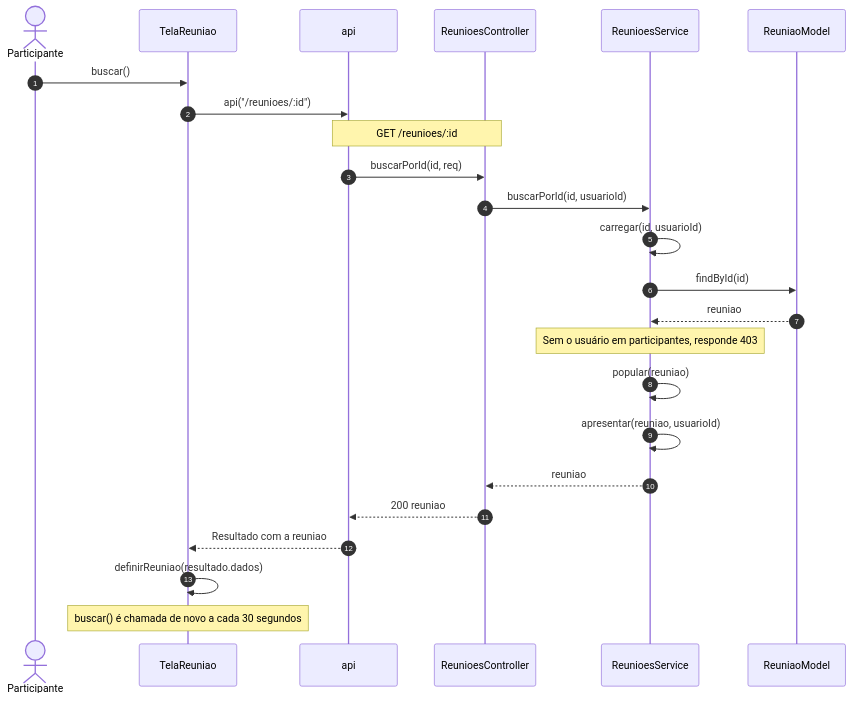
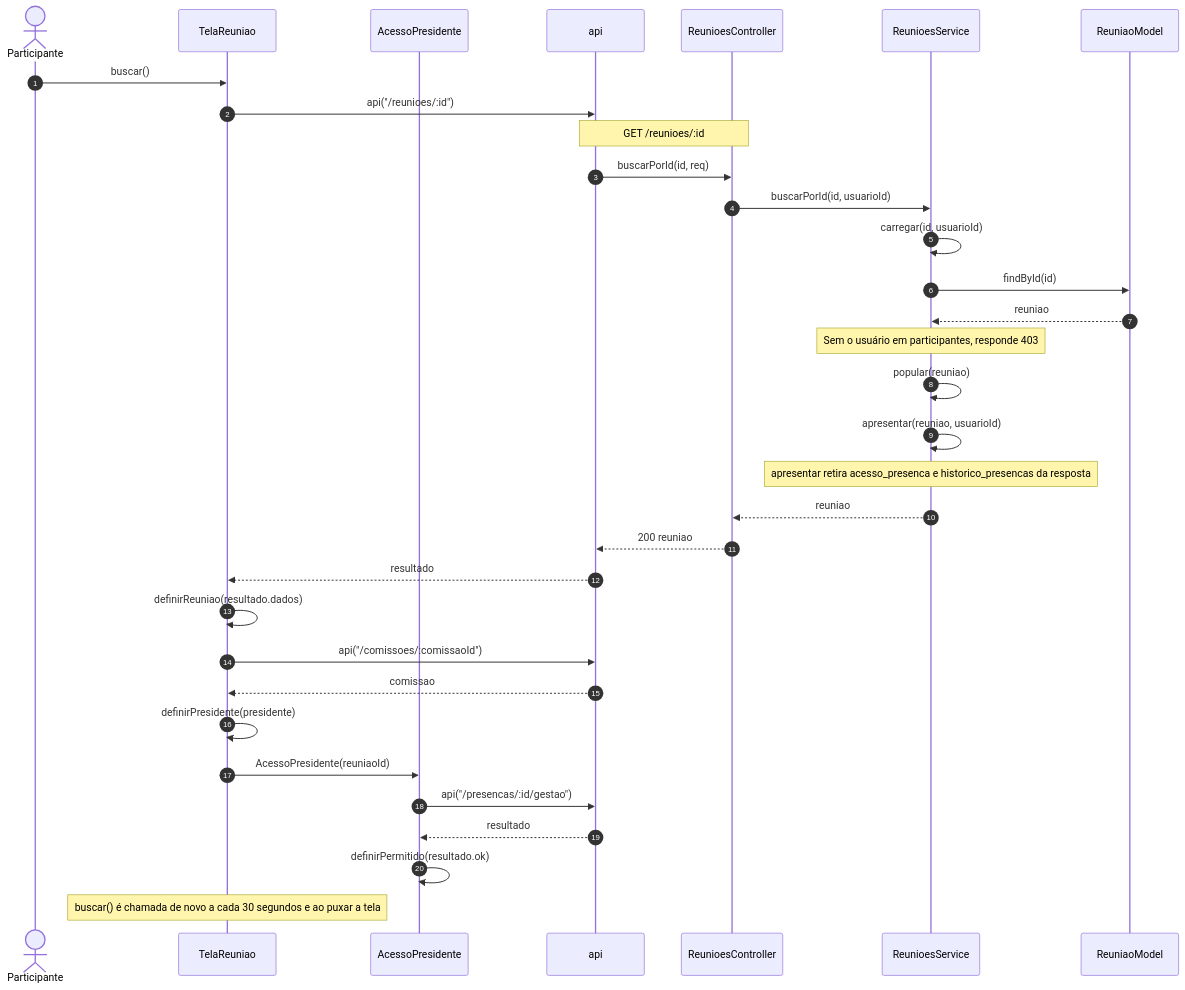
The third of 20 diagrams in 3 - Incremento2/reunioes/6 - diagramas-sequencia-reunioes.md (Conecta-IFSP/DOCUMENTATION), drawn with Mermaid before and after one commit. The commit also changed other lines of this file and 10 other files, not shown here.

````diff
--- a/3 - Incremento2/reunioes/6 - diagramas-sequencia-reunioes.md
+++ b/3 - Incremento2/reunioes/6 - diagramas-sequencia-reunioes.md
@@ -81,26 +97,35 @@
 ```mermaid
 sequenceDiagram
     autonumber
     actor U as Participante
     participant T as TelaReuniao
+    participant P as AcessoPresidente
     participant A as api
     participant C as ReunioesController
     participant S as ReunioesService
     participant M as ReuniaoModel
     U->>T: buscar()
     T->>A: api("/reunioes/:id")
     Note over A,C: GET /reunioes/:id
     A->>C: buscarPorId(id, req)
     C->>S: buscarPorId(id, usuarioId)
     S->>S: carregar(id, usuarioId)
     S->>M: findById(id)
     M-->>S: reuniao
     Note over S: Sem o usuário em participantes, responde 403
     S->>S: popular(reuniao)
     S->>S: apresentar(reuniao, usuarioId)
+    Note over S: apresentar retira acesso_presenca e historico_presencas da resposta
     S-->>C: reuniao
     C-->>A: 200 reuniao
-    A-->>T: Resultado com a reuniao
+    A-->>T: resultado
     T->>T: definirReuniao(resultado.dados)
-    Note over T: buscar() é chamada de novo a cada 30 segundos
+    T->>A: api("/comissoes/:comissaoId")
+    A-->>T: comissao
+    T->>T: definirPresidente(presidente)
+    T->>P: AcessoPresidente(reuniaoId)
+    P->>A: api("/presencas/:id/gestao")
+    A-->>P: resultado
+    P->>P: definirPermitido(resultado.ok)
+    Note over T: buscar() é chamada de novo a cada 30 segundos e ao puxar a tela
 ```
````
